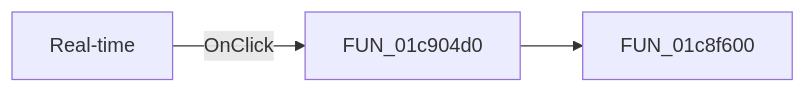
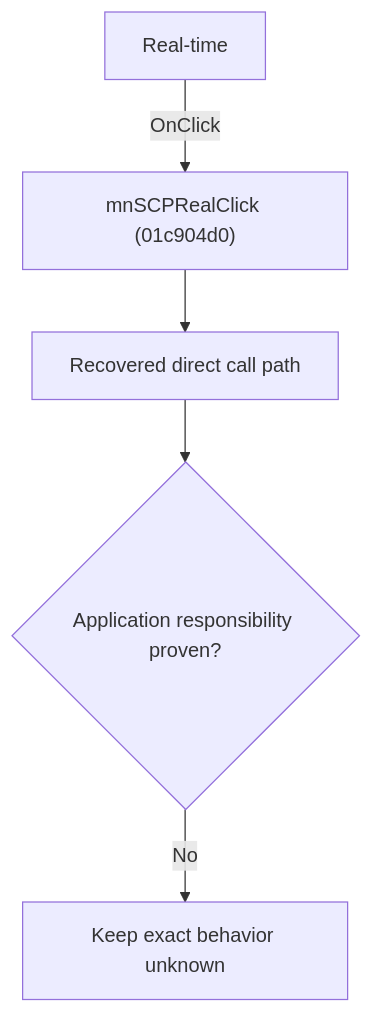
One commit to MovGP0/TIARA changed the diagram in docs/ui-controls/schematiceditor/mnscpreal-690476dd80.md. Above: the diagram before and after it, drawn with Mermaid. The commit also changed other lines of this file and 1062 other files, not shown here.

````diff
--- a/docs/ui-controls/schematiceditor/mnscpreal-690476dd80.md
+++ b/docs/ui-controls/schematiceditor/mnscpreal-690476dd80.md
@@ -27,5 +27,7 @@
 ```mermaid
-flowchart LR
-    control["Real-time"] -->|OnClick| handler["FUN_01c904d0"]
-    handler --> call1["FUN_01c8f600"]
+flowchart TD
+    control["Real-time"] -->|"OnClick"| handler["mnSCPRealClick (01c904d0)"]
+    handler --> recovered["Recovered direct call path"]
+    recovered --> gap{"Application responsibility proven?"}
+    gap -->|"No"| blocked["Keep exact behavior unknown"]
 ```
````
